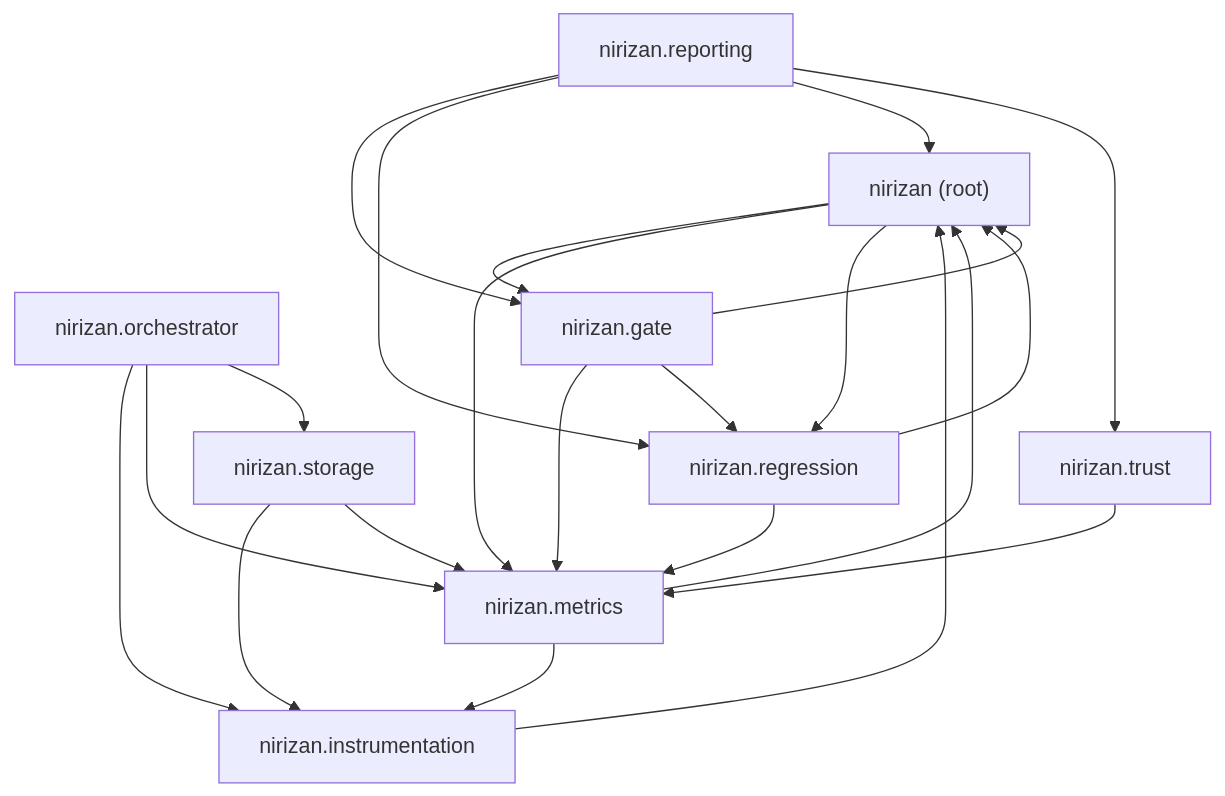
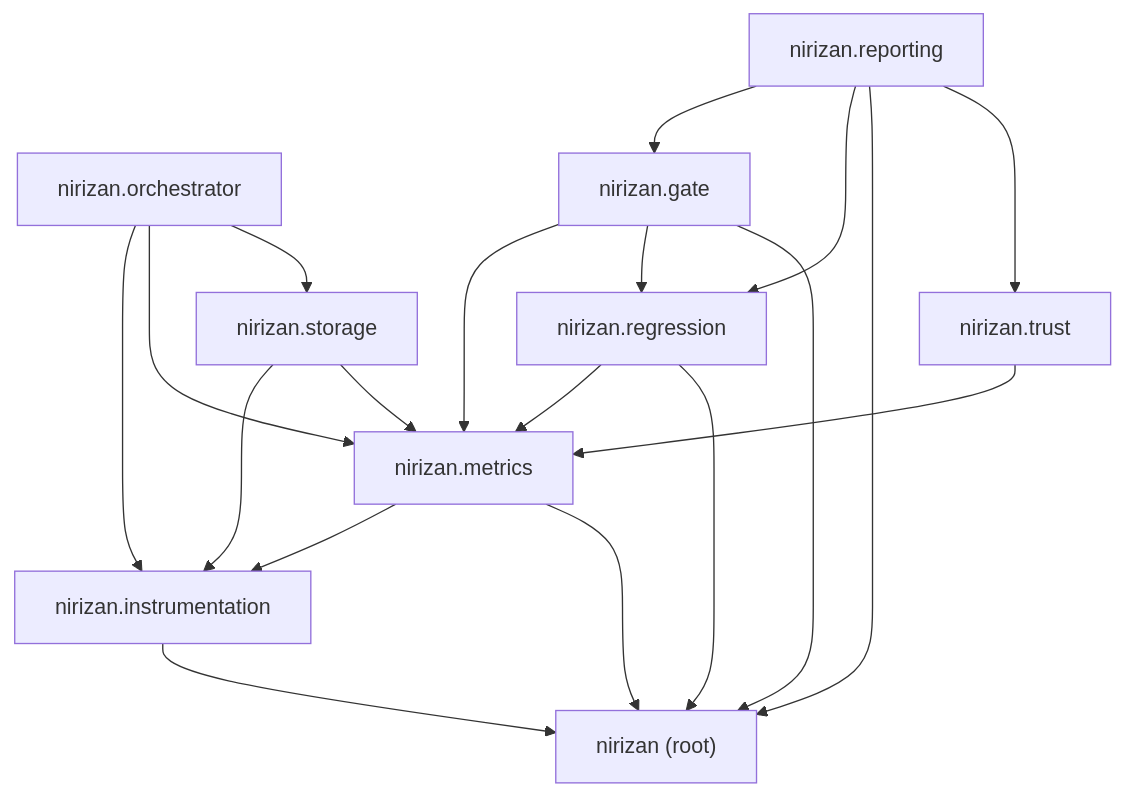
The diagram in docs/dependency-graph.md (Red1-Rahman/NiriZan), drawn with Mermaid before and after one commit.

Commit message:
docs(dependency-graph): normalize line endings from CRLF to LF
Standardize line endings in the auto-generated dependency graph documentation file from Windows-style (CRLF) to Unix-style (LF). This change ensures consistency across different development environments and version control systems. The content and structure of the dependency graph remain unchanged.

````diff
--- a/docs/dependency-graph.md
+++ b/docs/dependency-graph.md
@@ -11,33 +11,30 @@
 ```mermaid
 flowchart TB
     root["nirizan (root)"]
     instrumentation["nirizan.instrumentation"]
     orchestrator["nirizan.orchestrator"]
     metrics["nirizan.metrics"]
     trust["nirizan.trust"]
     storage["nirizan.storage"]
     regression["nirizan.regression"]
     gate["nirizan.gate"]
     reporting["nirizan.reporting"]
     gate --> metrics
     gate --> regression
     gate --> root
     instrumentation --> root
     metrics --> instrumentation
     metrics --> root
     orchestrator --> instrumentation
     orchestrator --> metrics
     orchestrator --> storage
     regression --> metrics
     regression --> root
     reporting --> gate
     reporting --> regression
     reporting --> root
     reporting --> trust
-    root --> gate
-    root --> metrics
-    root --> regression
     storage --> instrumentation
     storage --> metrics
     trust --> metrics
 ```
````
